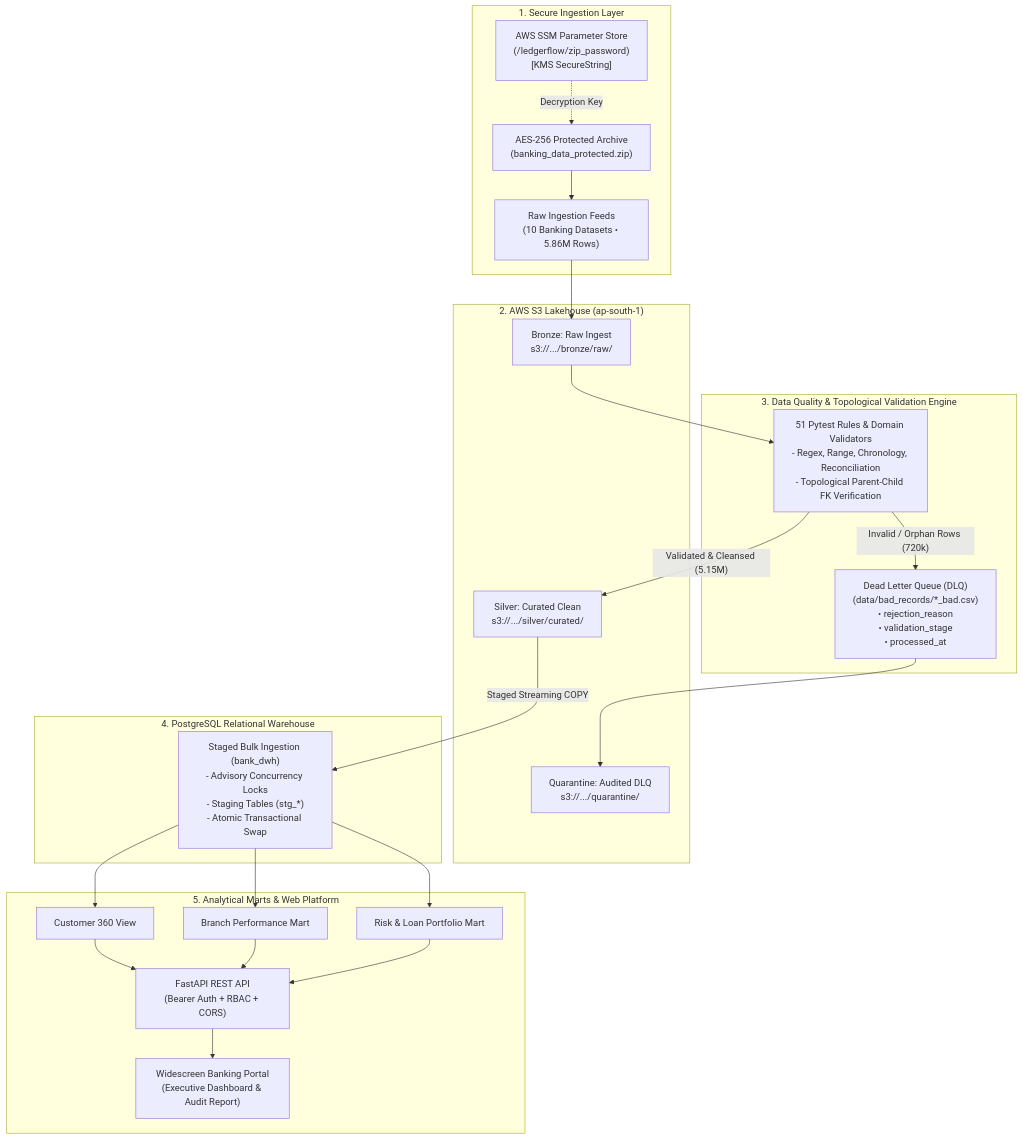
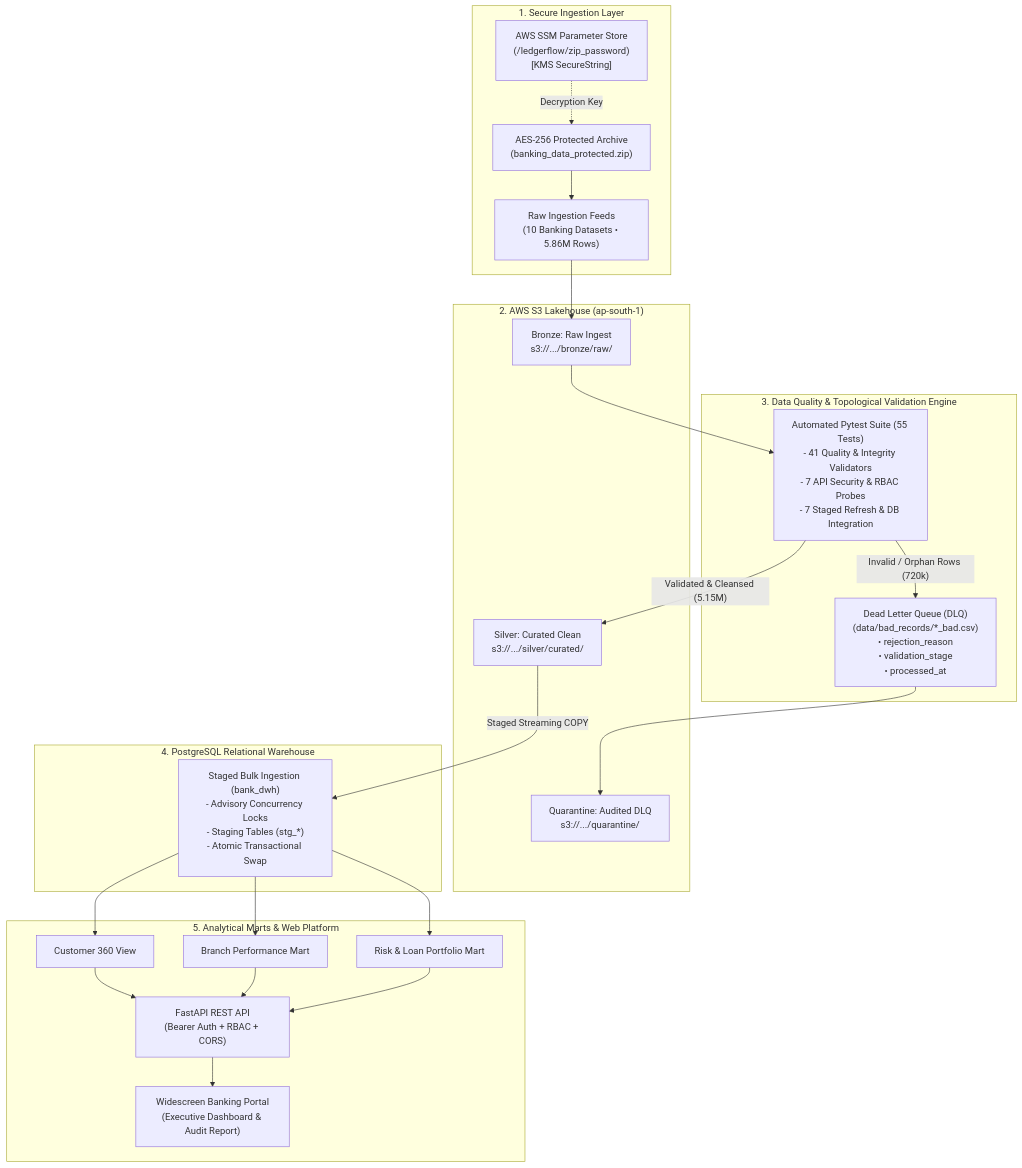
Before and after one commit to Spidey173/LedgerFlow: the diagram in README.md, drawn with Mermaid. The commit also changed other lines of this file and 3 other files, not shown here.

Commit message:
fix(ci,docs): harmonize test counts to 55 and make ci schema initialization explicit

````diff
--- a/README.md
+++ b/README.md
@@ -44,43 +44,43 @@
 ```mermaid
 flowchart TD
     subgraph Ingestion["1. Secure Ingestion Layer"]
         ZIP["AES-256 Protected Archive\n(banking_data_protected.zip)"]
         SSM["AWS SSM Parameter Store\n(/ledgerflow/zip_password)\n[KMS SecureString]"]
         RAW["Raw Ingestion Feeds\n(10 Banking Datasets • 5.86M Rows)"]
         SSM -.->|Decryption Key| ZIP
         ZIP --> RAW
     end
 
     subgraph Lakehouse["2. AWS S3 Lakehouse (ap-south-1)"]
         S3B["Bronze: Raw Ingest\ns3://.../bronze/raw/"]
         S3S["Silver: Curated Clean\ns3://.../silver/curated/"]
         S3Q["Quarantine: Audited DLQ\ns3://.../quarantine/"]
     end
 
     subgraph Validation["3. Data Quality & Topological Validation Engine"]
-        VAL["51 Pytest Rules & Domain Validators\n- Regex, Range, Chronology, Reconciliation\n- Topological Parent-Child FK Verification"]
+        VAL["Automated Pytest Suite (55 Tests)\n- 41 Quality & Integrity Validators\n- 7 API Security & RBAC Probes\n- 7 Staged Refresh & DB Integration"]
         DLQ["Dead Letter Queue (DLQ)\n(data/bad_records/*_bad.csv)\n• rejection_reason\n• validation_stage\n• processed_at"]
     end
 
     subgraph Warehouse["4. PostgreSQL Relational Warehouse"]
         PG["Staged Bulk Ingestion (bank_dwh)\n- Advisory Concurrency Locks\n- Staging Tables (stg_*)\n- Atomic Transactional Swap"]
     end
 
     subgraph Serving["5. Analytical Marts & Web Platform"]
         M1["Customer 360 View"]
         M2["Branch Performance Mart"]
         M3["Risk & Loan Portfolio Mart"]
         API["FastAPI REST API\n(Bearer Auth + RBAC + CORS)"]
         WEB["Widescreen Banking Portal\n(Executive Dashboard & Audit Report)"]
     end
 
     RAW --> S3B
     S3B --> VAL
     VAL -- "Invalid / Orphan Rows (720k)" --> DLQ
     DLQ --> S3Q
     VAL -- "Validated & Cleansed (5.15M)" --> S3S
     S3S -->|Staged Streaming COPY| PG
     PG --> M1 & M2 & M3
     M1 & M2 & M3 --> API
     API --> WEB
 ```
````
